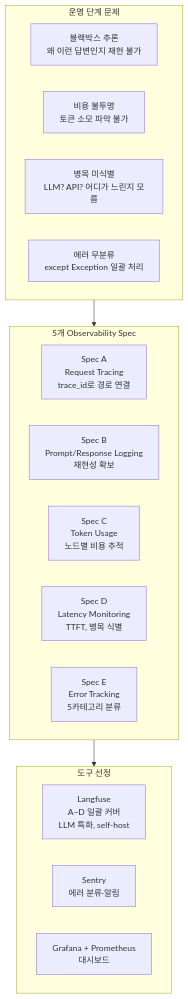
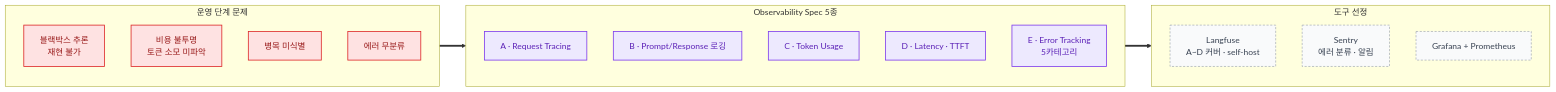
The third of 12 diagrams in README.md (SJayKim/SJayKim), drawn with Mermaid before and after one commit. The commit also changed other lines of this file, not shown here.

First line of the commit message:
docs: 프로젝트 다이어그램 공통 비주얼 시스템 도입 + 신규 4종 추가

````diff
--- a/README.md
+++ b/README.md
@@ -196,25 +198,35 @@
 ```mermaid
-flowchart TB
-    subgraph Problem["운영 단계 문제"]
-        P1["블랙박스 추론<br/>왜 이런 답변인지 재현 불가"]
-        P2["비용 불투명<br/>토큰 소모 파악 불가"]
-        P3["병목 미식별<br/>LLM? API? 어디가 느린지 모름"]
-        P4["에러 무분류<br/>except Exception 일괄 처리"]
+flowchart LR
+    subgraph Prob["운영 단계 문제"]
+        direction TB
+        P1["블랙박스 추론<br/>재현 불가"]
+        P2["비용 불투명<br/>토큰 소모 미파악"]
+        P3["병목 미식별"]
+        P4["에러 무분류"]
     end
 
-    subgraph Specs["5개 Observability Spec"]
-        A["Spec A<br/>Request Tracing<br/>trace_id로 경로 연결"]
-        B["Spec B<br/>Prompt/Response Logging<br/>재현성 확보"]
-        C["Spec C<br/>Token Usage<br/>노드별 비용 추적"]
-        D["Spec D<br/>Latency Monitoring<br/>TTFT, 병목 식별"]
-        E["Spec E<br/>Error Tracking<br/>5카테고리 분류"]
+    subgraph Spec["Observability Spec 5종"]
+        direction TB
+        SA["A · Request Tracing"]
+        SB["B · Prompt/Response 로깅"]
+        SC["C · Token Usage"]
+        SD["D · Latency · TTFT"]
+        SE["E · Error Tracking<br/>5카테고리"]
     end
 
-    subgraph Tools["도구 선정"]
-        Langfuse["Langfuse<br/>A~D 일괄 커버<br/>LLM 특화, self-host"]
-        Sentry["Sentry<br/>에러 분류·알림"]
-        Grafana["Grafana + Prometheus<br/>대시보드"]
+    subgraph Tool["도구 선정"]
+        direction TB
+        LF["Langfuse<br/>A~D 커버 · self-host"]
+        SN["Sentry<br/>에러 분류 · 알림"]
+        GF["Grafana + Prometheus"]
     end
 
-    Problem --> Specs --> Tools
+    Prob ==> Spec ==> Tool
+
+    classDef guard fill:#FEE2E2,stroke:#DC2626,stroke-width:1.5px,color:#991B1B;
+    classDef ai fill:#EDE9FE,stroke:#7C3AED,stroke-width:1.5px,color:#5B21B6;
+    classDef ext fill:#F9FAFB,stroke:#9CA3AF,stroke-width:1.2px,stroke-dasharray:4 3,color:#374151;
+    class P1,P2,P3,P4 guard;
+    class SA,SB,SC,SD,SE ai;
+    class LF,SN,GF ext;
 ```
````
